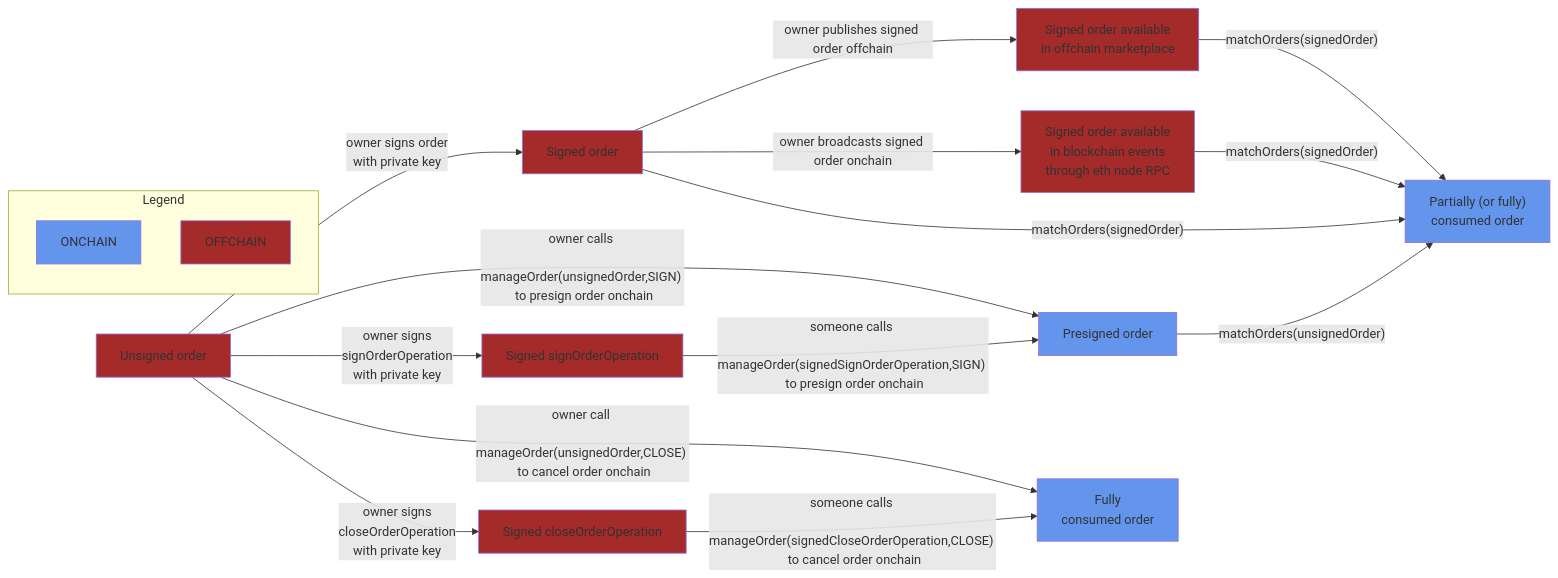
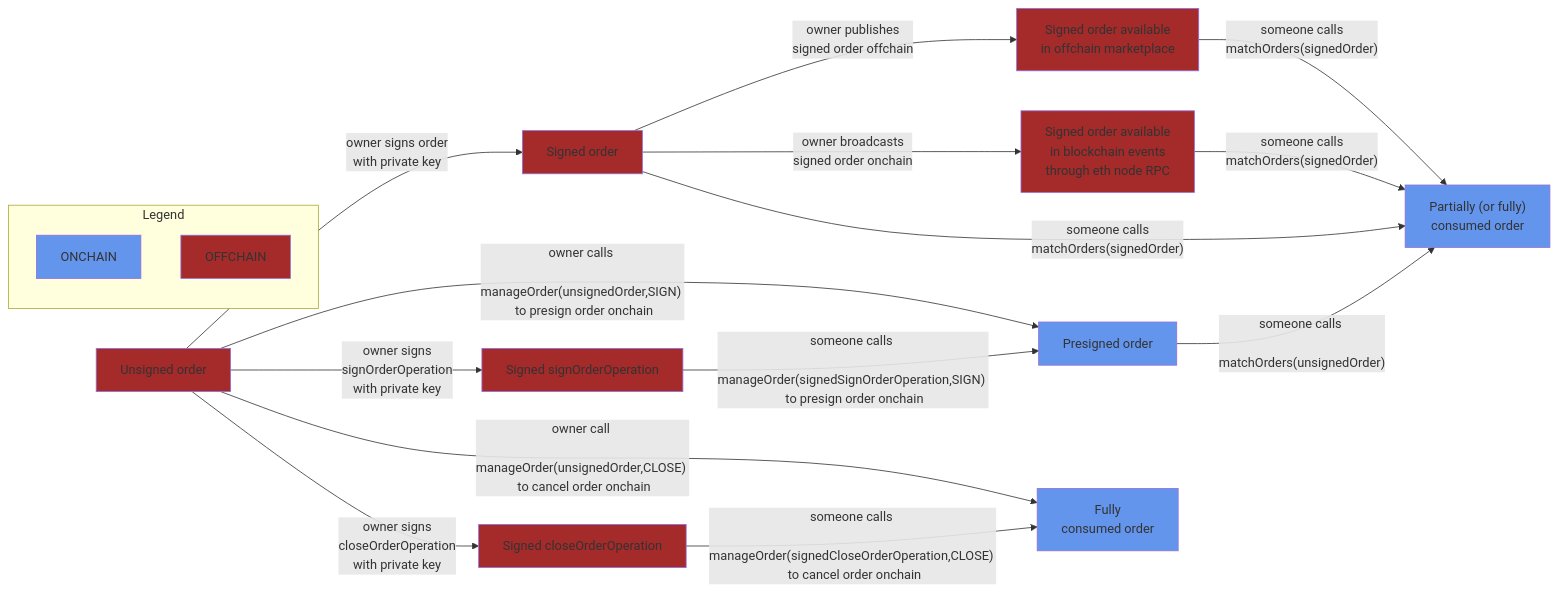
Before and after one commit to iExecBlockchainComputing/PoCo: the third of 3 diagrams in docs/Statuses.md, drawn with Mermaid.

Commit message:
Add actor doing action

````diff
--- a/docs/Statuses.md
+++ b/docs/Statuses.md
@@ -42,34 +42,34 @@
 ```mermaid
 flowchart LR
     subgraph Legend
         ONCHAIN:::onchain
         OFFCHAIN:::offchain
     end
 
     UNSIGNED_ORDER["Unsigned order"]:::offchain
     SIGNED_ORDER["Signed order"]:::offchain
     MARKETPLACE_ORDER["Signed order available \n in offchain marketplace"]:::offchain
     BROADCASTED_ORDER["Signed order available \n in blockchain events \n through eth node RPC"]:::offchain
     SIGNED_SIGNORDEROPERATION["Signed signOrderOperation"]:::offchain
     PRESIGNED_ORDER["Presigned order"]:::onchain
     SIGNED_CLOSEORDEROPERATION["Signed closeOrderOperation"]:::offchain
     CONSUMED_ORDER["Fully \n consumed order"]:::onchain
     PARTIALLY_CONSUMED_ORDER["Partially (or fully) \n consumed order"]:::onchain
 
     UNSIGNED_ORDER --> |"owner signs order \n with private key"| SIGNED_ORDER
-    SIGNED_ORDER --> |"owner publishes signed order offchain"| MARKETPLACE_ORDER
-    SIGNED_ORDER --> |"owner broadcasts signed order onchain"| BROADCASTED_ORDER
+    SIGNED_ORDER --> |"owner publishes \n signed order offchain"| MARKETPLACE_ORDER
+    SIGNED_ORDER --> |"owner broadcasts \n signed order onchain"| BROADCASTED_ORDER
     UNSIGNED_ORDER --> |"owner calls \n manageOrder(unsignedOrder,SIGN) \n to presign order onchain"| PRESIGNED_ORDER
     UNSIGNED_ORDER --> |"owner signs \n signOrderOperation \n with private key"| SIGNED_SIGNORDEROPERATION
     SIGNED_SIGNORDEROPERATION --> |"someone calls \n manageOrder(signedSignOrderOperation,SIGN) \n to presign order onchain"| PRESIGNED_ORDER
-    PRESIGNED_ORDER --> |"matchOrders(unsignedOrder)"| PARTIALLY_CONSUMED_ORDER
+    PRESIGNED_ORDER --> |"someone calls \n matchOrders(unsignedOrder)"| PARTIALLY_CONSUMED_ORDER
     UNSIGNED_ORDER --> |"owner call \n manageOrder(unsignedOrder,CLOSE) \n to cancel order onchain"| CONSUMED_ORDER
     UNSIGNED_ORDER --> |"owner signs \n closeOrderOperation \n with private key"| SIGNED_CLOSEORDEROPERATION
     SIGNED_CLOSEORDEROPERATION --> |"someone calls \n manageOrder(signedCloseOrderOperation,CLOSE) \n to cancel order onchain"| CONSUMED_ORDER
-    SIGNED_ORDER --> |"matchOrders(signedOrder)"| PARTIALLY_CONSUMED_ORDER
-    MARKETPLACE_ORDER --> |"matchOrders(signedOrder)"| PARTIALLY_CONSUMED_ORDER
-    BROADCASTED_ORDER --> |"matchOrders(signedOrder)"| PARTIALLY_CONSUMED_ORDER
+    SIGNED_ORDER --> |"someone calls \n matchOrders(signedOrder)"| PARTIALLY_CONSUMED_ORDER
+    MARKETPLACE_ORDER --> |"someone calls \n matchOrders(signedOrder)"| PARTIALLY_CONSUMED_ORDER
+    BROADCASTED_ORDER --> |"someone calls \n matchOrders(signedOrder)"| PARTIALLY_CONSUMED_ORDER
 
     classDef offchain fill:brown
     classDef onchain fill:CornflowerBlue
 ```
````
